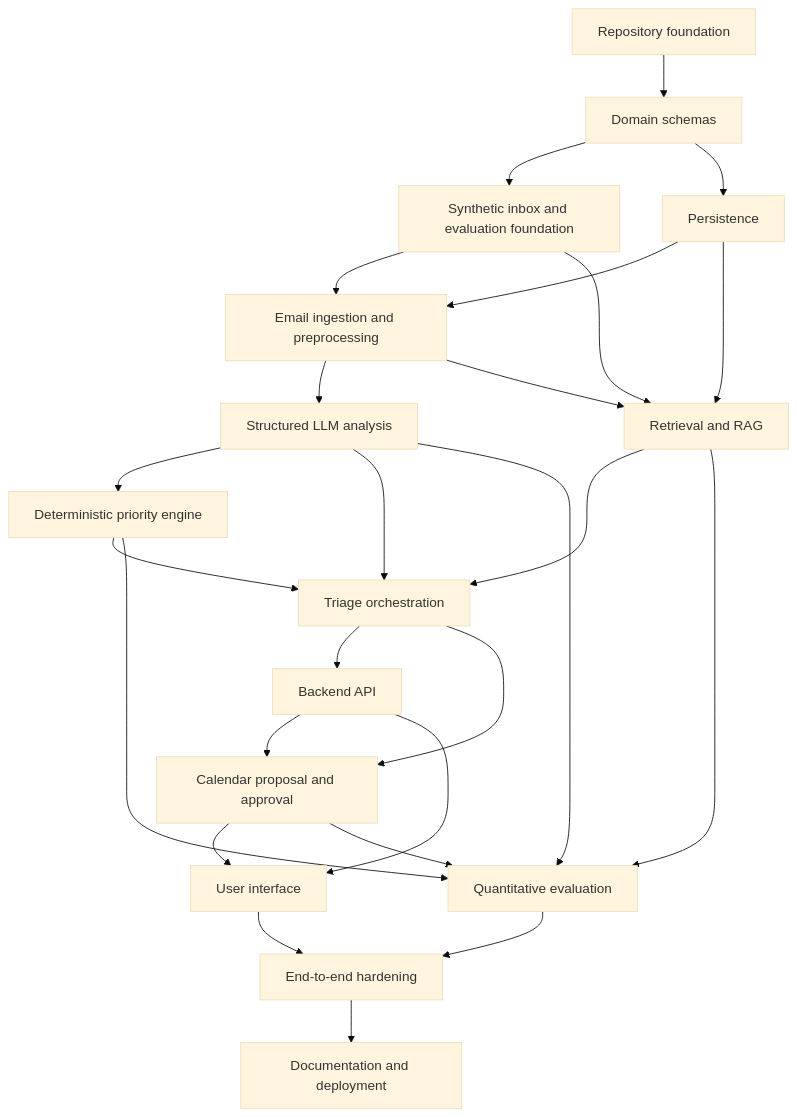
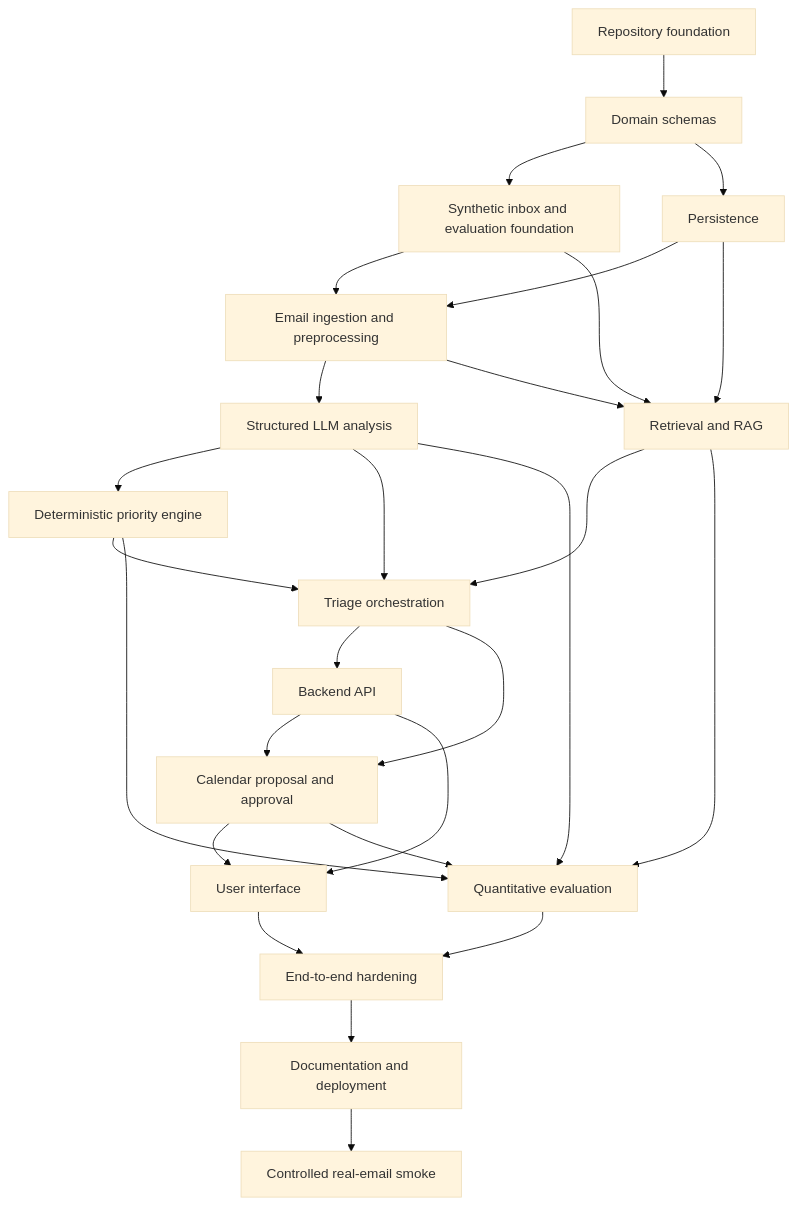
Before and after one commit to szabipal/email_triage_agent: the diagram in docs/planning/12_implementation_roadmap.md, drawn with Mermaid (base theme). The commit also changed other lines of this file, not shown here.

Commit message:
Add real email smoke milestone

````diff
--- a/docs/planning/12_implementation_roadmap.md
+++ b/docs/planning/12_implementation_roadmap.md
@@ -168,28 +175,29 @@
 ```mermaid
 flowchart TD
   M01[Repository foundation] --> M02[Domain schemas]
   M02 --> M03[Synthetic inbox and evaluation foundation]
   M02 --> M04[Persistence]
   M03 --> M05[Email ingestion and preprocessing]
   M04 --> M05
   M05 --> M06[Structured LLM analysis]
   M06 --> M07[Deterministic priority engine]
   M05 --> M08[Retrieval and RAG]
   M04 --> M08
   M03 --> M08
   M06 --> M09[Triage orchestration]
   M07 --> M09
   M08 --> M09
   M09 --> M10[Backend API]
   M09 --> M11[Calendar proposal and approval]
   M10 --> M11
   M10 --> M12[User interface]
   M11 --> M12
   M06 --> M13[Quantitative evaluation]
   M07 --> M13
   M08 --> M13
   M11 --> M13
   M12 --> M14[End-to-end hardening]
   M13 --> M14
   M14 --> M15[Documentation and deployment]
+  M15 --> M16[Controlled real-email smoke]
 ```
````
